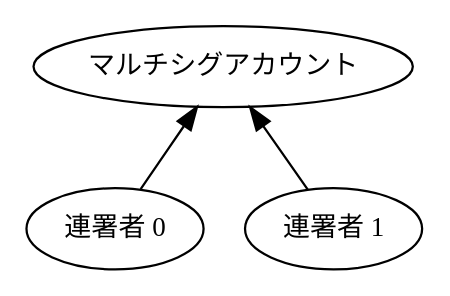
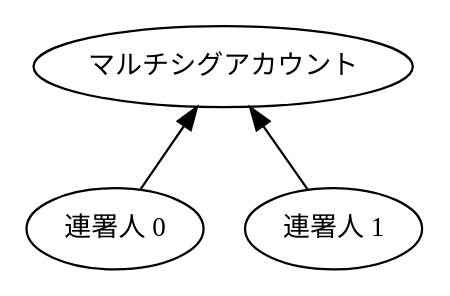
The diagram in mkdocs/pages/ja/devbook/accounts/configure-multisig.md (NemProject/nem), drawn with Graphviz before and after one commit. The commit also changed other lines of this file and 6 other files, not shown here.

````diff
--- a/mkdocs/pages/ja/devbook/accounts/configure-multisig.md
+++ b/mkdocs/pages/ja/devbook/accounts/configure-multisig.md
@@ -16,12 +16,12 @@
 ```dot
 digraph "Multisignature Tree" {
     rankdir="BT";
     node [fontsize=12];
     "Multisignature Account" [label="マルチシグアカウント"];
-    "Cosignatory 0" [label="連署者 0"];
-    "Cosignatory 1" [label="連署者 1"];
+    "Cosignatory 0" [label="連署人 0"];
+    "Cosignatory 1" [label="連署人 1"];
 
     "Cosignatory 0" -> "Multisignature Account";
     "Cosignatory 1" -> "Multisignature Account";
 }
 ```
````
